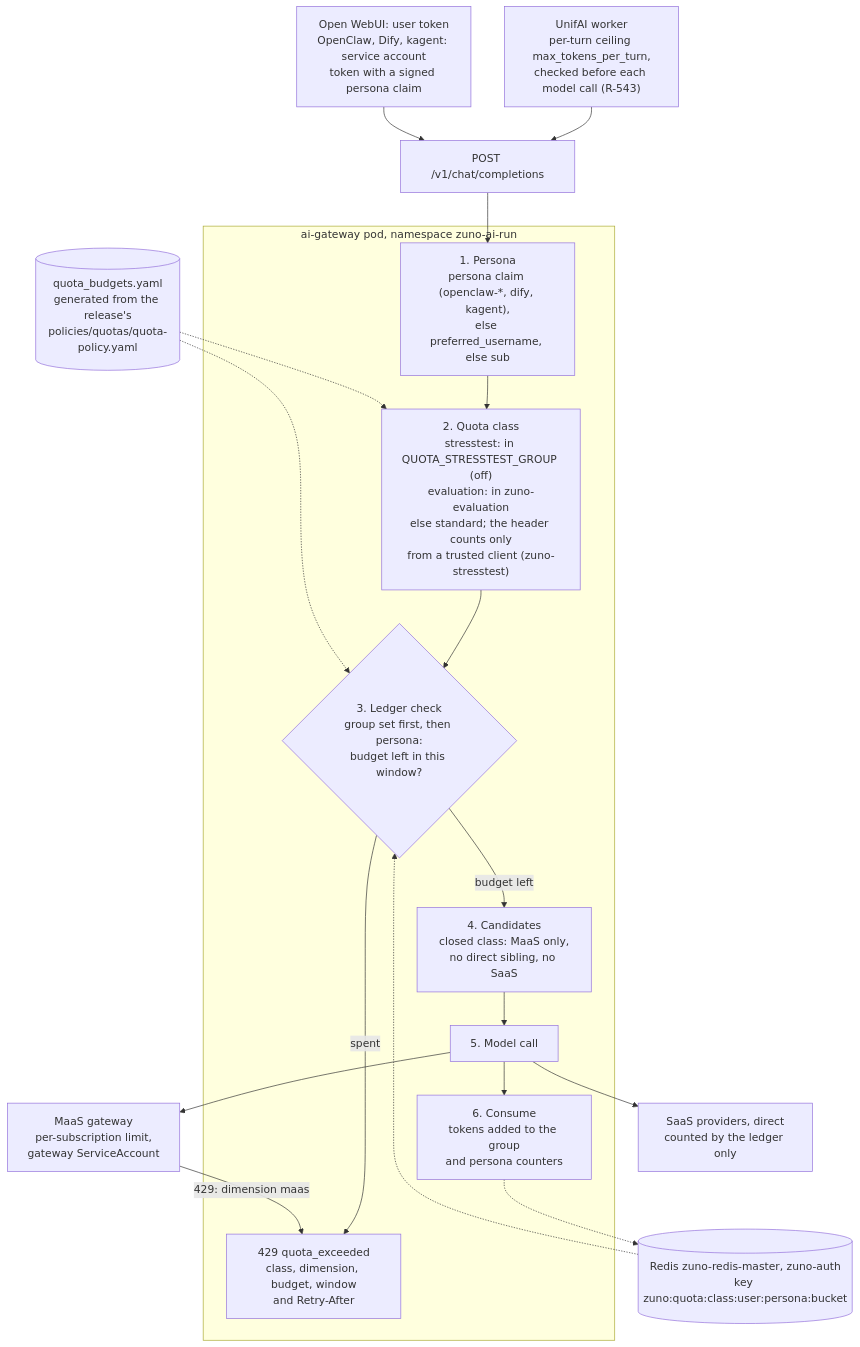
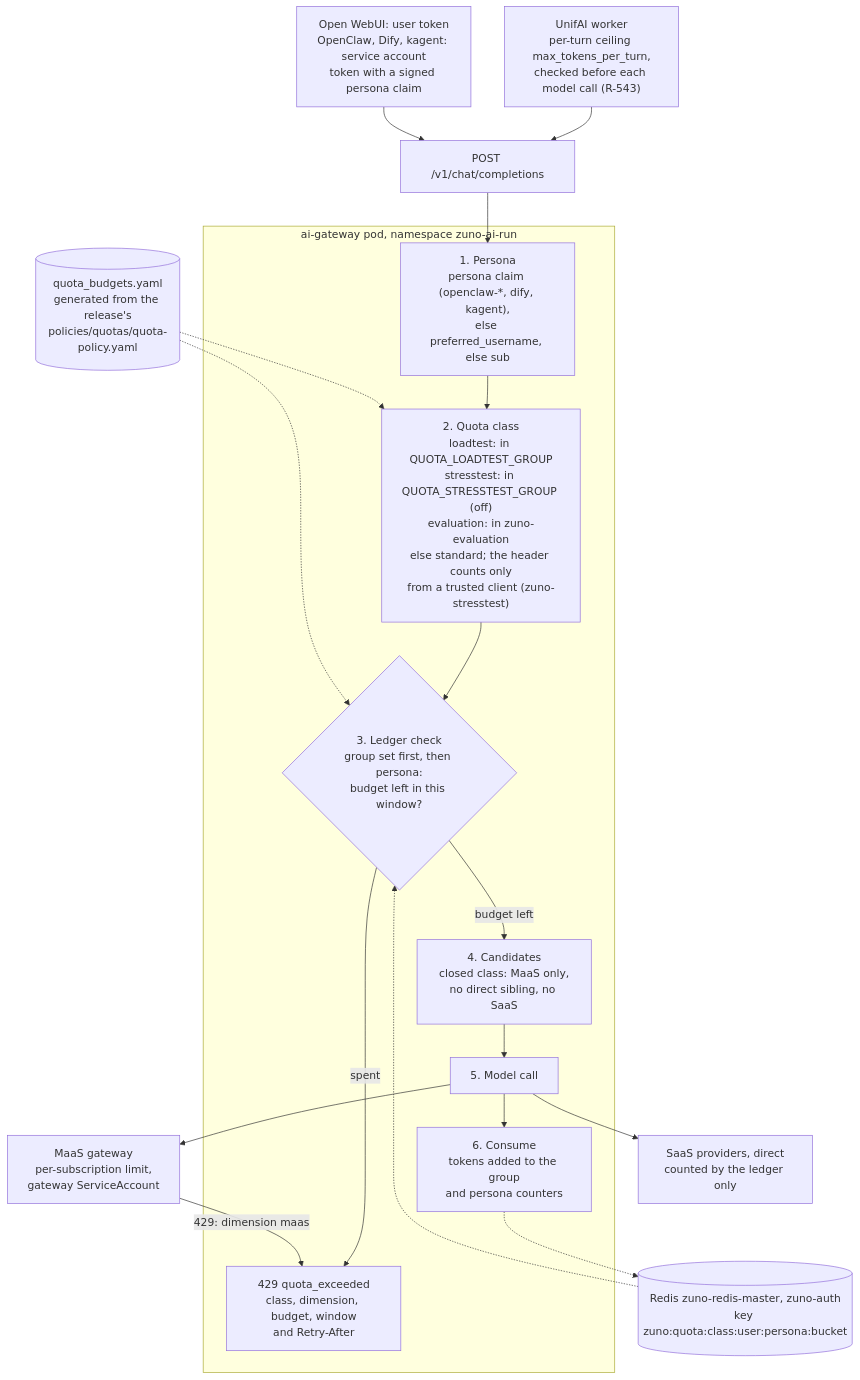
Before and after one commit to startxfr/zuno-demo: the second of 2 diagrams in docs/demo/scenarios/governance/quotas.md, drawn with Mermaid. The commit also changed other lines of this file and 27 other files, not shown here.

First line of the commit message:
docs(demo scenarios): the 30 scenario pages are proofread in full against the charts, roles and ADRs; 20 are dated, 10 wait for a fact the repository cannot prove

````diff
--- a/docs/demo/scenarios/governance/quotas.md
+++ b/docs/demo/scenarios/governance/quotas.md
@@ -290,30 +292,30 @@
 ```mermaid
 flowchart TB
   UNIFAI["UnifAI worker<br/>per-turn ceiling max_tokens_per_turn,<br/>checked before each model call (R-543)"]
   OTHER["Open WebUI: user token<br/>OpenClaw, Dify, kagent: service account<br/>token with a signed persona claim"]
   REQ["POST /v1/chat/completions"]
   subgraph GW["ai-gateway pod, namespace zuno-ai-run"]
     ID["1. Persona<br/>persona claim (openclaw-*, dify, kagent),<br/>else preferred_username, else sub"]
-    CLS["2. Quota class<br/>stresstest: in QUOTA_STRESSTEST_GROUP (off)<br/>evaluation: in zuno-evaluation<br/>else standard; the header counts only<br/>from a trusted client (zuno-stresstest)"]
+    CLS["2. Quota class<br/>loadtest: in QUOTA_LOADTEST_GROUP<br/>stresstest: in QUOTA_STRESSTEST_GROUP (off)<br/>evaluation: in zuno-evaluation<br/>else standard; the header counts only<br/>from a trusted client (zuno-stresstest)"]
     CHK{"3. Ledger check<br/>group set first, then persona:<br/>budget left in this window?"}
     D429["429 quota_exceeded<br/>class, dimension, budget, window<br/>and Retry-After"]
     ROUTE["4. Candidates<br/>closed class: MaaS only,<br/>no direct sibling, no SaaS"]
     CALL["5. Model call"]
     CONS["6. Consume<br/>tokens added to the group<br/>and persona counters"]
   end
   POL[("quota_budgets.yaml<br/>generated from the release's<br/>policies/quotas/quota-policy.yaml")]
   REDIS[("Redis zuno-redis-master, zuno-auth<br/>key zuno:quota:class:user:persona:bucket")]
   MAAS["MaaS gateway<br/>per-subscription limit,<br/>gateway ServiceAccount"]
   SAAS["SaaS providers, direct<br/>counted by the ledger only"]
 
   UNIFAI & OTHER --> REQ --> ID --> CLS --> CHK
   CHK -- "spent" --> D429
   CHK -- "budget left" --> ROUTE --> CALL --> CONS
   CALL --> MAAS
   CALL --> SAAS
   MAAS -- "429: dimension maas" --> D429
   POL -.-> CLS
   POL -.-> CHK
   REDIS -.-> CHK
   CONS -.-> REDIS
 ```
````
